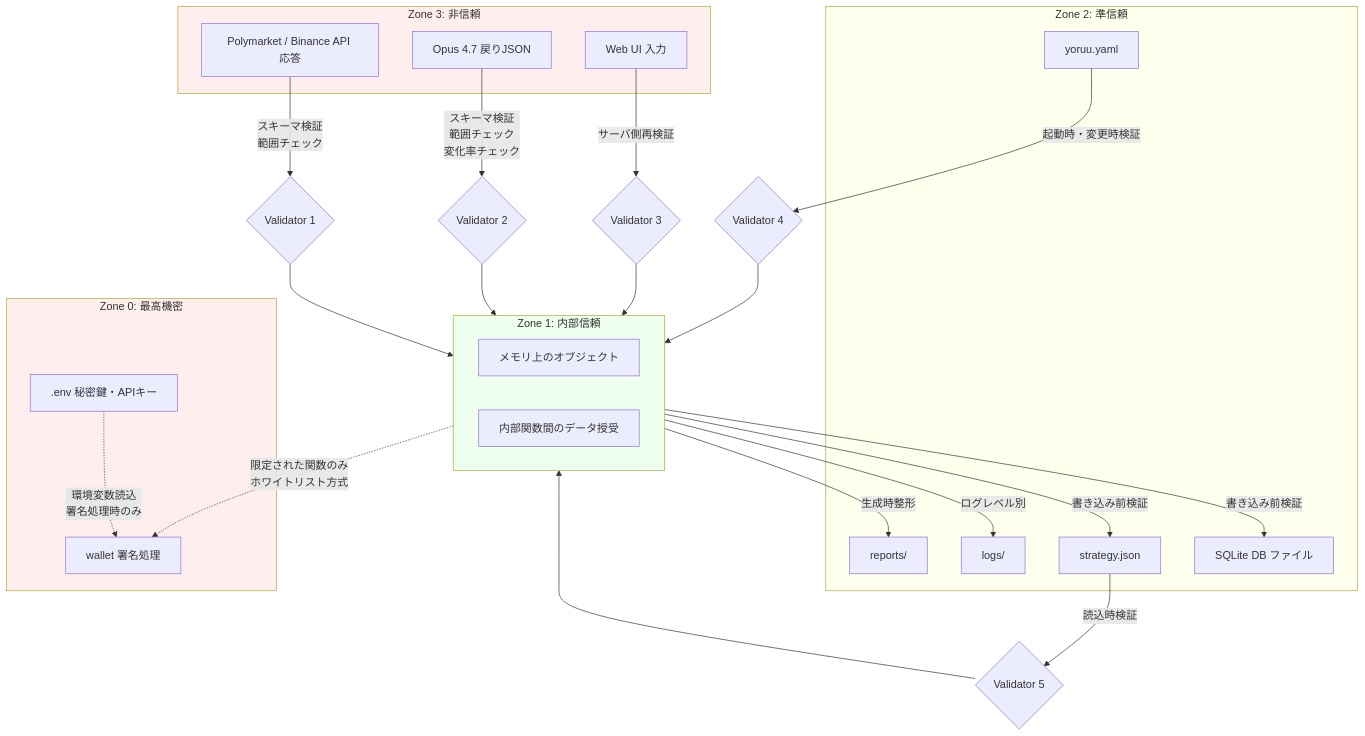
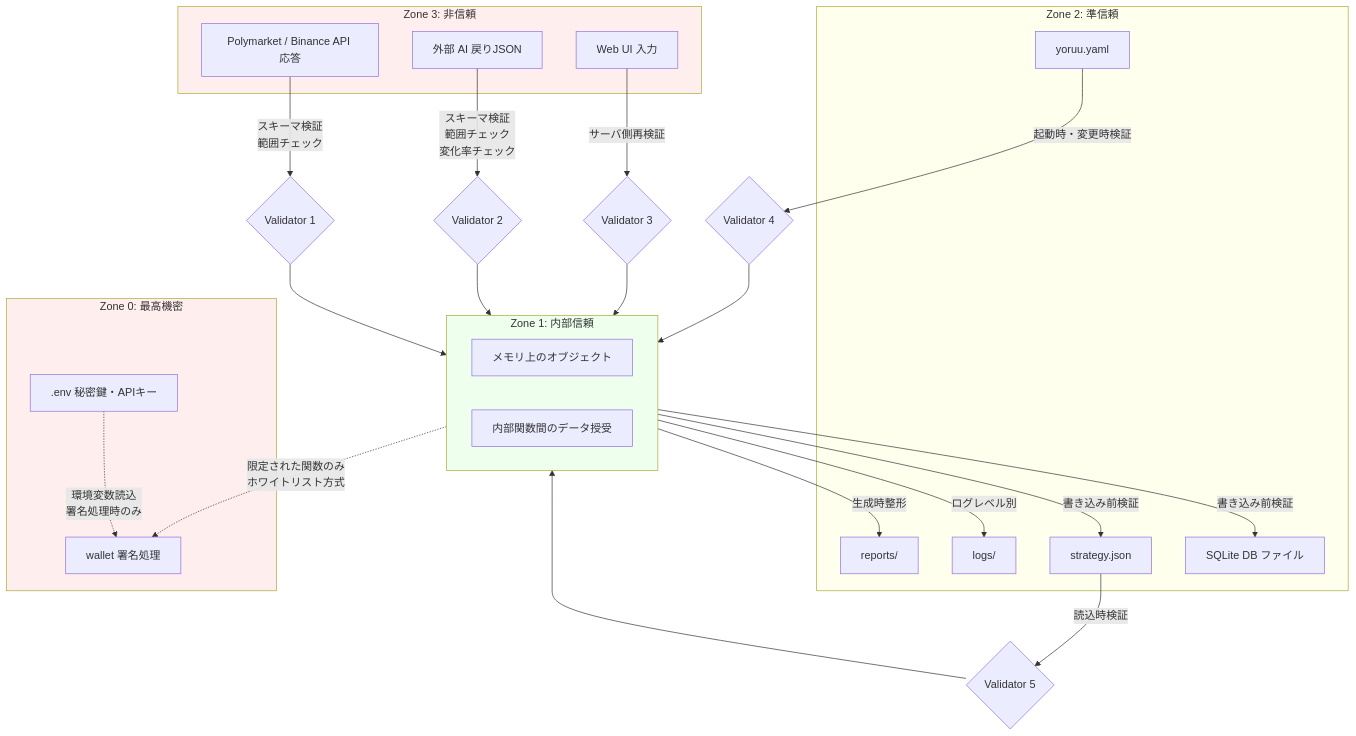
The diagram in docs/design/05_trust_boundary.md (matrix9neonebuchadnezzar2199-sketch/YoRuu), drawn with Mermaid before and after one commit. The commit also changed other lines of this file and 16 other files, not shown here.

````diff
--- a/docs/design/05_trust_boundary.md
+++ b/docs/design/05_trust_boundary.md
@@ -19,51 +19,51 @@
 ```mermaid
 flowchart TB
     subgraph Z3[Zone 3: 非信頼]
         EXT_API[Polymarket / Binance API 応答]
-        OPUS_OUT[Opus 4.7 戻りJSON]
+        AI_OUT[外部 AI 戻りJSON]
         UI_IN[Web UI 入力]
     end
 
     subgraph Z2[Zone 2: 準信頼]
         FS_CFG[yoruu.yaml]
         FS_STR[strategy.json]
         FS_LOG[logs/]
         FS_REP[reports/]
         FS_DB[SQLite DB ファイル]
     end
 
     subgraph Z1[Zone 1: 内部信頼]
         MEM[メモリ上のオブジェクト]
         FUNC[内部関数間のデータ授受]
     end
 
     subgraph Z0[Zone 0: 最高機密]
         ENV[.env 秘密鍵・APIキー]
         WALLET[wallet 署名処理]
     end
 
     EXT_API -->|スキーマ検証\n範囲チェック| V1{Validator 1}
-    OPUS_OUT -->|スキーマ検証\n範囲チェック\n変化率チェック| V2{Validator 2}
+    AI_OUT -->|スキーマ検証\n範囲チェック\n変化率チェック| V2{Validator 2}
     UI_IN -->|サーバ側再検証| V3{Validator 3}
     V1 --> Z1
     V2 --> Z1
     V3 --> Z1
 
     FS_CFG -->|起動時・変更時検証| V4{Validator 4}
     FS_STR -->|読込時検証| V5{Validator 5}
     V4 --> Z1
     V5 --> Z1
 
     Z1 -->|書き込み前検証| FS_DB
     Z1 -->|書き込み前検証| FS_STR
     Z1 -->|ログレベル別| FS_LOG
     Z1 -->|生成時整形| FS_REP
 
     Z1 -.限定された関数のみ\nホワイトリスト方式.-> WALLET
     ENV -.環境変数読込\n署名処理時のみ.-> WALLET
 
     style Z0 fill:#fee
     style Z3 fill:#fee
     style Z1 fill:#efe
     style Z2 fill:#ffe
 ```
````
